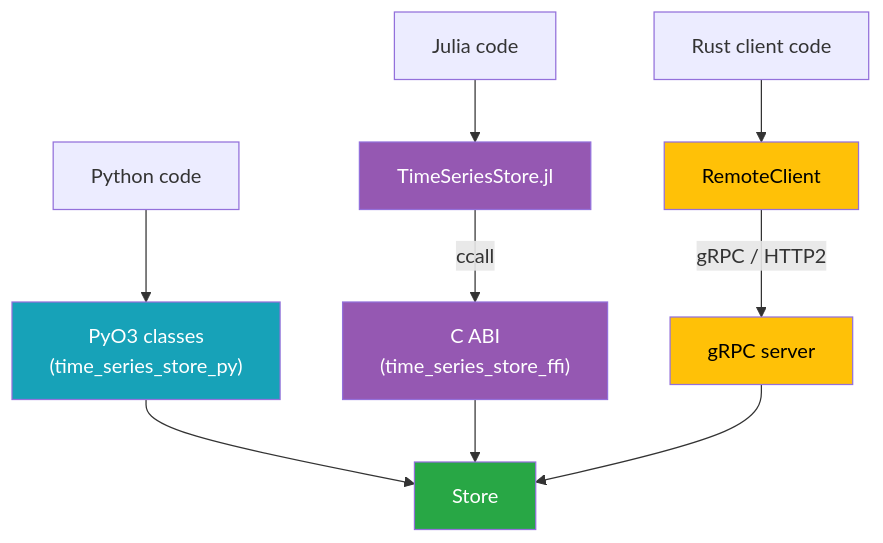
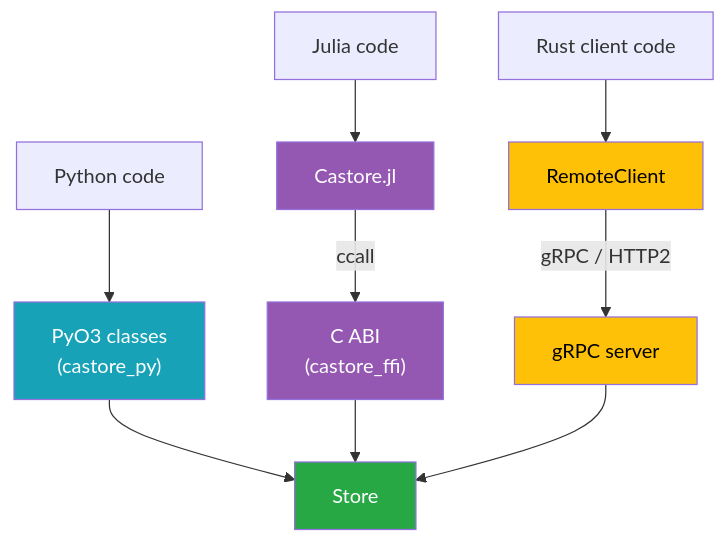
One commit to NatLabRockies/infrastore changed the first of 2 diagrams in docs/src/explanation/bindings.md. Above: the diagram before and after it, drawn with Mermaid. The commit also changed other lines of this file and 169 other files, not shown here.

First line of the commit message:
Rename the package from time-series-store to castore

````diff
--- a/docs/src/explanation/bindings.md
+++ b/docs/src/explanation/bindings.md
@@ -6,19 +6,19 @@
 ```mermaid
 flowchart TB
-    PYAPP["Python code"] --> PYO3["PyO3 classes<br/>(time_series_store_py)"]
-    JLAPP["Julia code"] --> JLPKG["TimeSeriesStore.jl"]
-    JLPKG -->|"ccall"| CABI["C ABI<br/>(time_series_store_ffi)"]
+    PYAPP["Python code"] --> PYO3["PyO3 classes<br/>(castore_py)"]
+    JLAPP["Julia code"] --> JLPKG["Castore.jl"]
+    JLPKG -->|"ccall"| CABI["C ABI<br/>(castore_ffi)"]
     RUSTAPP["Rust client code"] --> RC["RemoteClient"]
     RC -->|"gRPC / HTTP2"| GS["gRPC server"]
 
     PYO3 --> STORE["Store"]
     CABI --> STORE
     GS --> STORE
 
     style STORE fill:#28a745,color:#fff
     style PYO3 fill:#17a2b8,color:#fff
     style CABI fill:#9558b2,color:#fff
     style JLPKG fill:#9558b2,color:#fff
     style GS fill:#ffc107,color:#000
     style RC fill:#ffc107,color:#000
 ```
````
